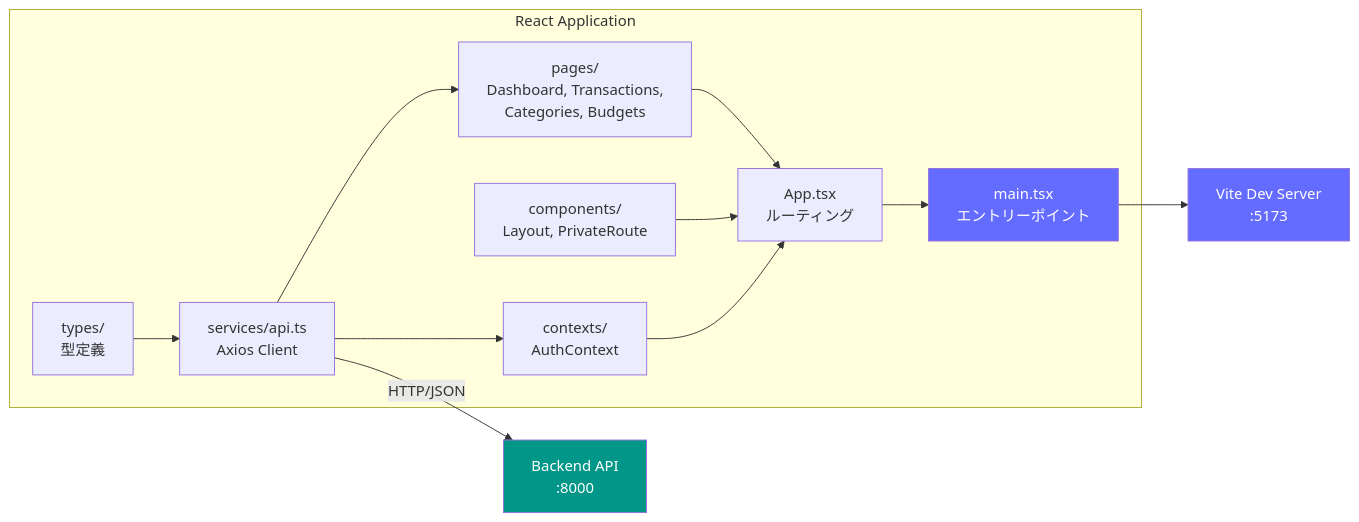
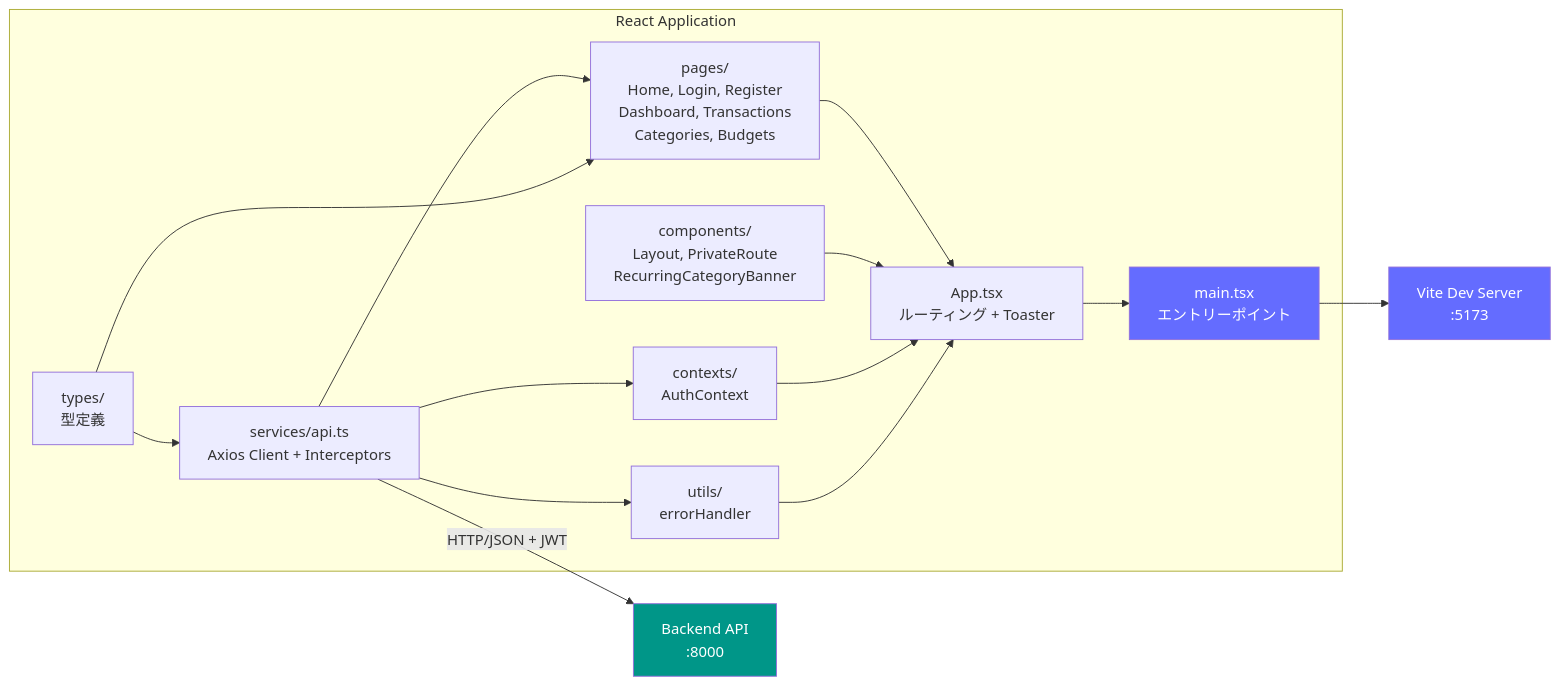
Before and after one commit to satsuma-ken/kakeibon: the fourth of 9 diagrams in 01_設計資料/ARCHITECTURE.md, drawn with Mermaid. The commit also changed other lines of this file and 4 other files, not shown here.

````diff
--- a/01_設計資料/ARCHITECTURE.md
+++ b/01_設計資料/ARCHITECTURE.md
@@ -114,30 +138,34 @@
 ```mermaid
 graph LR
     subgraph "React Application"
         Main["main.tsx<br/>エントリーポイント"]
-        App["App.tsx<br/>ルーティング"]
-        Pages["pages/<br/>Dashboard, Transactions,<br/>Categories, Budgets"]
-        Components["components/<br/>Layout, PrivateRoute"]
+        App["App.tsx<br/>ルーティング + Toaster"]
+        Pages["pages/<br/>Home, Login, Register<br/>Dashboard, Transactions<br/>Categories, Budgets"]
+        Components["components/<br/>Layout, PrivateRoute<br/>RecurringCategoryBanner"]
         Context["contexts/<br/>AuthContext"]
-        Services["services/api.ts<br/>Axios Client"]
+        Services["services/api.ts<br/>Axios Client + Interceptors"]
         Types["types/<br/>型定義"]
+        Utils["utils/<br/>errorHandler"]
     end
 
     Vite["Vite Dev Server<br/>:5173"]
     Backend["Backend API<br/>:8000"]
 
     Main --> Vite
     App --> Main
     Pages --> App
     Components --> App
     Context --> App
+    Utils --> App
     Services --> Context
     Services --> Pages
+    Services --> Utils
     Types --> Services
+    Types --> Pages
 
-    Services -->|HTTP/JSON| Backend
+    Services -->|HTTP/JSON + JWT| Backend
 
     style Main fill:#646CFF,color:#fff
     style Vite fill:#646CFF,color:#fff
     style Backend fill:#009688,color:#fff
 ```
````
